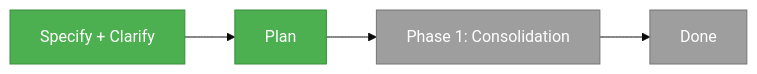
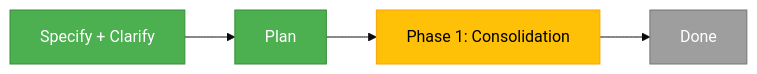
One commit to jakkaj/tools changed the second of 2 diagrams in docs/plans/024-harness-nucleus/harness-nucleus.fltplan.md. Above: the diagram before and after it, drawn with Mermaid (base theme). The commit also changed other lines of this file and 30 other files, not shown here.

````diff
--- a/docs/plans/024-harness-nucleus/harness-nucleus.fltplan.md
+++ b/docs/plans/024-harness-nucleus/harness-nucleus.fltplan.md
@@ -93,10 +93,10 @@
 ```mermaid
 flowchart LR
     classDef done fill:#4CAF50,stroke:#388E3C,color:#fff
     classDef active fill:#FFC107,stroke:#FFA000,color:#000
     classDef ready fill:#9E9E9E,stroke:#757575,color:#fff
 
     S[Specify + Clarify]:::done --> P[Plan]:::done
-    P --> P1[Phase 1: Consolidation]:::ready
+    P --> P1[Phase 1: Consolidation]:::active
     P1 --> D[Done]:::ready
 ```
````
